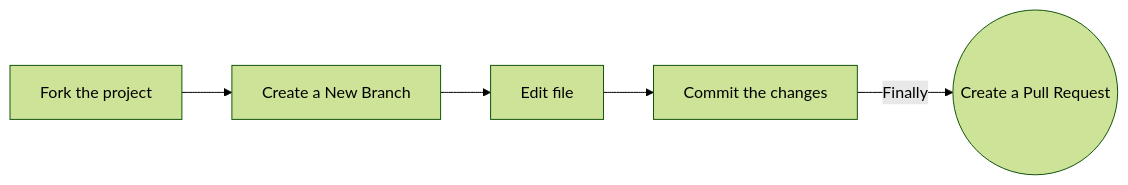
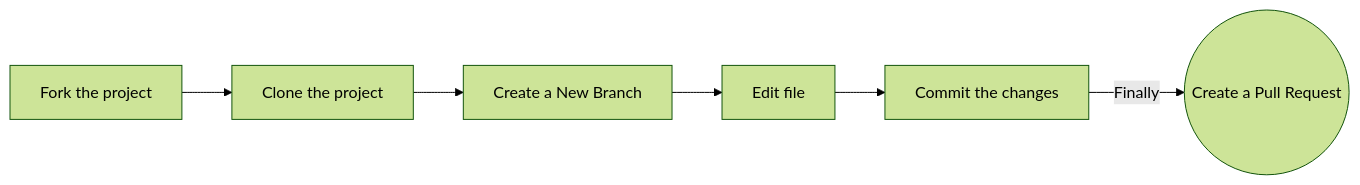
One commit to Google-Developer-Student-Clubs-TECB/Machine-Learning-Projects changed the diagram in README.md. Above: the diagram before and after it, drawn with Mermaid (forest theme). The commit also changed other lines of this file, not shown here.

````diff
--- a/README.md
+++ b/README.md
@@ -74,7 +74,7 @@
 ```mermaid
 flowchart LR
-    Fork[Fork the project]-->branch[Create a New Branch]
+    Fork[Fork the project]-->Clone[Clone the project]-->branch[Create a New Branch]
     branch-->Edit[Edit file]
     Edit-->commit[Commit the changes]
     commit -->|Finally|creatpr((Create a Pull Request))
 ```
````
